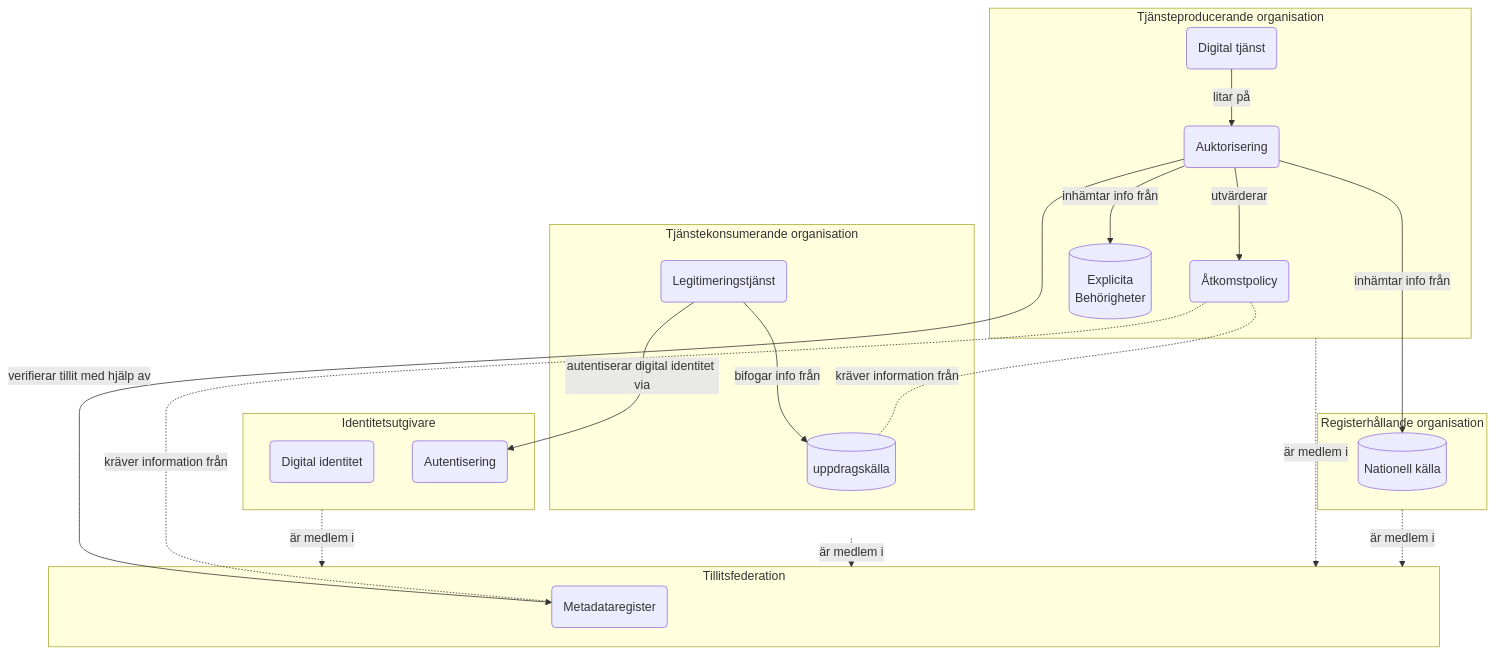
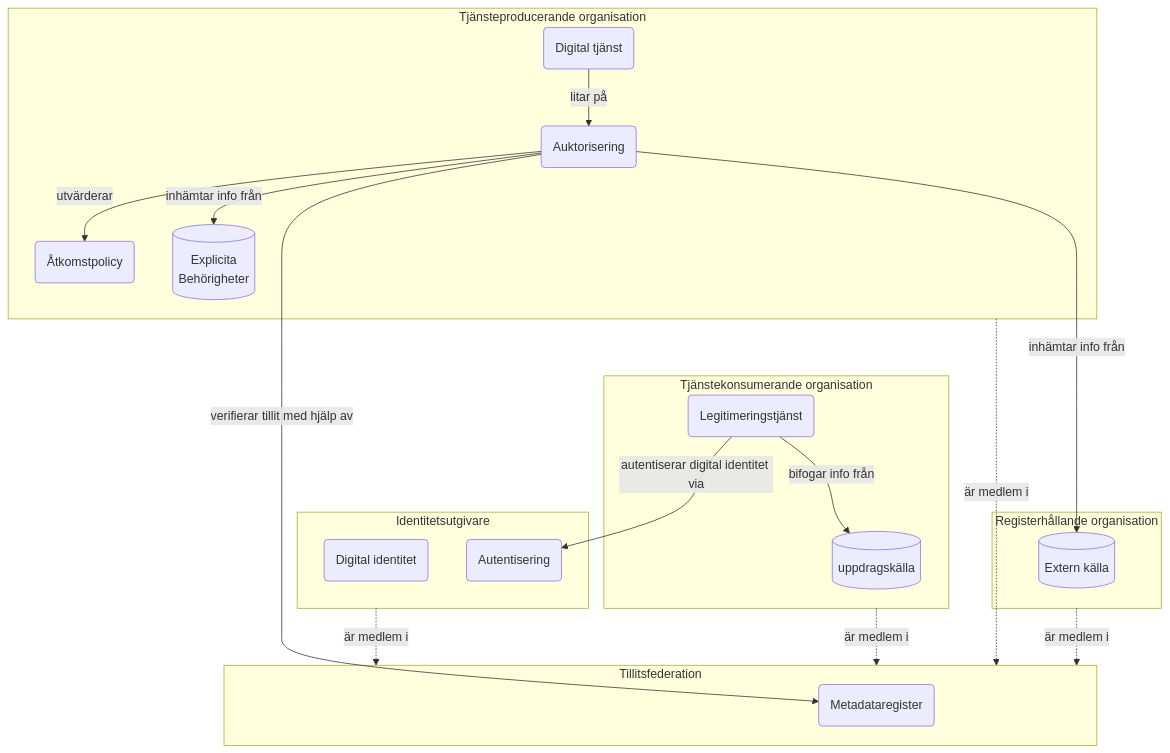
The fourth of 6 diagrams in IAM_TargetArchitecture_Sweden.md (diggsweden/ena-authorization), drawn with Mermaid before and after one commit. The commit also changed other lines of this file, not shown here.

````diff
--- a/IAM_TargetArchitecture_Sweden.md
+++ b/IAM_TargetArchitecture_Sweden.md
@@ -184,36 +185,36 @@
 ```mermaid
-graph 
+graph TD
 subgraph TO[Tillitsfederation]
     TM(Metadataregister)
 end
 
 subgraph IDO[Identitetsutgivare]
     ID(Digital identitet)
     IDA(Autentisering)
 end
 
 subgraph AO[Tjänstekonsumerande organisation]
     AK[(uppdragskälla)]
     AL(Legitimeringstjänst) 
 end
 
 subgraph NO[Registerhållande organisation]
-    NK[(Nationell källa)]
+    NK[(Extern källa)]
 end
 
 subgraph BO[Tjänsteproducerande organisation]
     B-AS(Auktorisering)
     B-P(Åtkomstpolicy)
     BK[(Explicita\nBehörigheter)]
     B(Digital tjänst)
 end
 
+BO ~~~~~ AO
 IDO & AO & BO & NO -.är medlem i.->TO
 AL--bifogar info från-->AK
 AL--autentiserar digital identitet via-->IDA
 B-AS--inhämtar info från-->NK & BK
 B-AS--verifierar tillit med hjälp av-->TM
 B-AS--utvärderar-->B-P
-B-P-.kräver information från.-AK & TM
 B--litar på-->B-AS
 ```
````
